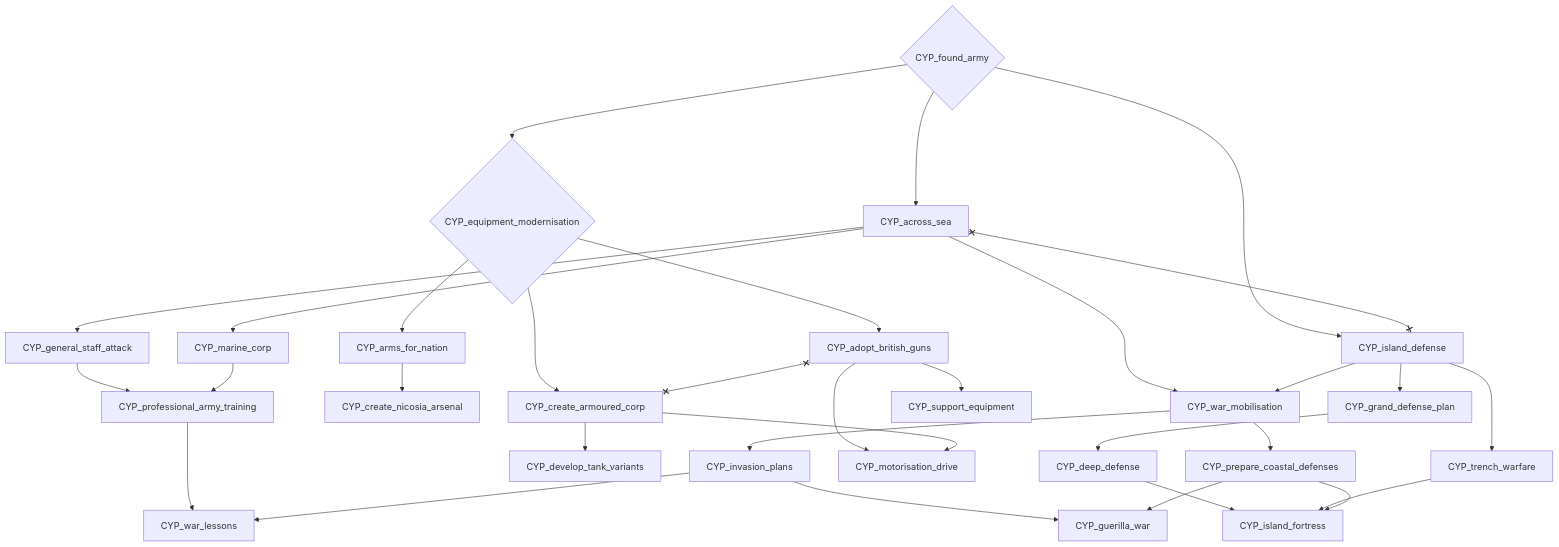
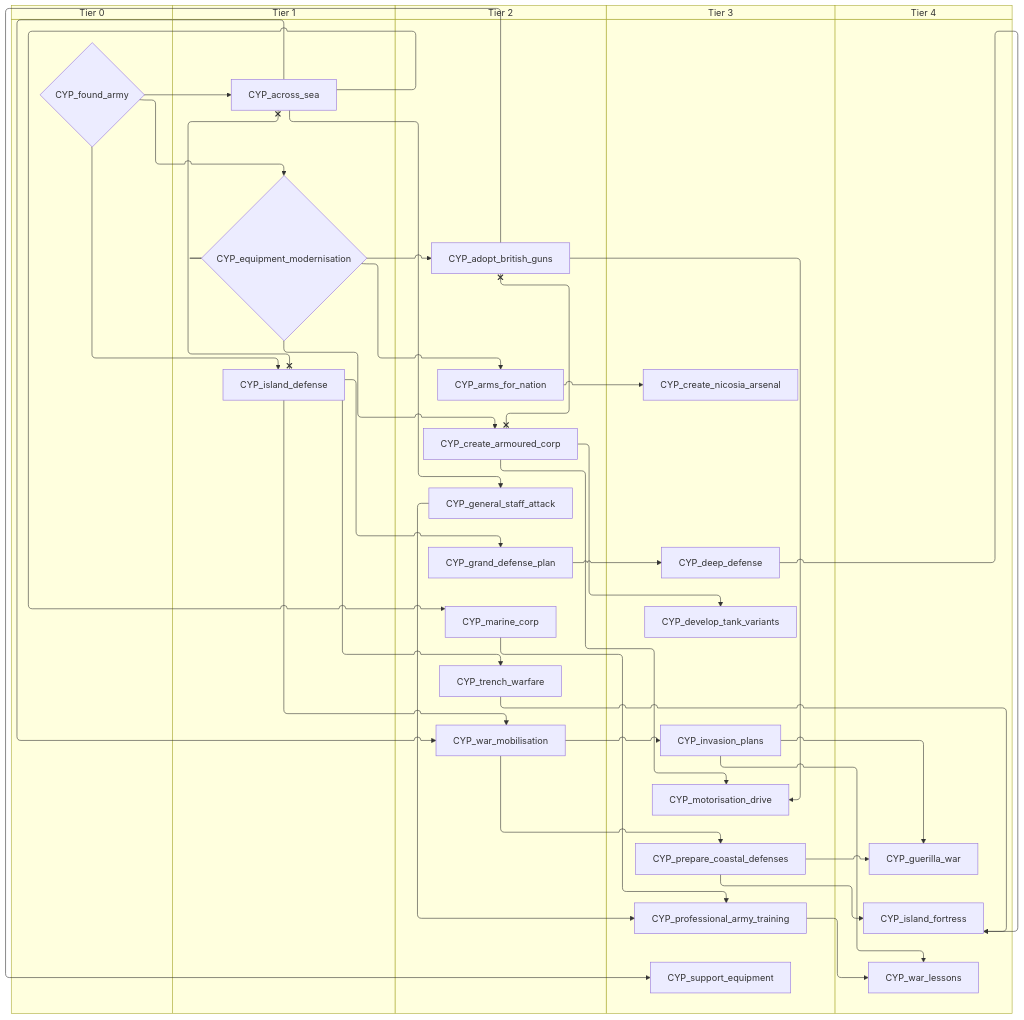
The fifth of 5 diagrams in docs/gdd/National Focuses/r56_cyprus.md (evgeny-sobol/hoi4-sandbox-mode-r56), drawn with Mermaid before and after one commit. The commit also changed other lines of this file and 423 other files, not shown here.

First line of the commit message:
Re-export Rt56 focus trees as swimlane diagrams

````diff
--- a/docs/gdd/National Focuses/r56_cyprus.md
+++ b/docs/gdd/National Focuses/r56_cyprus.md
@@ -146,57 +174,67 @@
 ```mermaid
-flowchart TD
-    n36["CYP_across_sea"]
-    n37["CYP_adopt_british_guns"]
-    n38["CYP_arms_for_nation"]
-    n39["CYP_create_armoured_corp"]
-    n40["CYP_create_nicosia_arsenal"]
-    n41["CYP_deep_defense"]
-    n42["CYP_develop_tank_variants"]
-    n43{"CYP_equipment_modernisation"}
-    n44{"CYP_found_army"}
-    n45["CYP_general_staff_attack"]
-    n46["CYP_grand_defense_plan"]
-    n47["CYP_guerilla_war"]
-    n48["CYP_invasion_plans"]
-    n49["CYP_island_defense"]
-    n50["CYP_island_fortress"]
-    n51["CYP_marine_corp"]
-    n52["CYP_motorisation_drive"]
-    n53["CYP_prepare_coastal_defenses"]
-    n54["CYP_professional_army_training"]
-    n55["CYP_support_equipment"]
-    n56["CYP_trench_warfare"]
-    n57["CYP_war_lessons"]
-    n58["CYP_war_mobilisation"]
-    n44 --> n36
-    n43 --> n37
-    n43 --> n38
-    n43 --> n39
+swimlane-beta TD
+    subgraph tier_0["Tier 0"]
+        n36{"CYP_found_army"}
+    end
+    subgraph tier_1["Tier 1"]
+        n37["CYP_across_sea"]
+        n38{"CYP_equipment_modernisation"}
+        n39["CYP_island_defense"]
+    end
+    subgraph tier_2["Tier 2"]
+        n40["CYP_adopt_british_guns"]
+        n41["CYP_arms_for_nation"]
+        n42["CYP_create_armoured_corp"]
+        n43["CYP_general_staff_attack"]
+        n44["CYP_grand_defense_plan"]
+        n45["CYP_marine_corp"]
+        n46["CYP_trench_warfare"]
+        n47["CYP_war_mobilisation"]
+    end
+    subgraph tier_3["Tier 3"]
+        n48["CYP_create_nicosia_arsenal"]
+        n49["CYP_deep_defense"]
+        n50["CYP_develop_tank_variants"]
+        n51["CYP_invasion_plans"]
+        n52["CYP_motorisation_drive"]
+        n53["CYP_prepare_coastal_defenses"]
+        n54["CYP_professional_army_training"]
+        n55["CYP_support_equipment"]
+    end
+    subgraph tier_4["Tier 4"]
+        n56["CYP_guerilla_war"]
+        n57["CYP_island_fortress"]
+        n58["CYP_war_lessons"]
+    end
+    n36 --> n37
     n38 --> n40
-    n46 --> n41
-    n39 --> n42
-    n44 --> n43
-    n36 --> n45
-    n49 --> n46
-    n48 --> n47
-    n53 --> n47
-    n58 --> n48
+    n38 --> n41
+    n38 --> n42
+    n41 --> n48
     n44 --> n49
-    n41 --> n50
-    n56 --> n50
-    n53 --> n50
-    n36 --> n51
-    n37 --> n52
-    n39 --> n52
-    n58 --> n53
+    n42 --> n50
+    n36 --> n38
+    n37 --> n43
+    n39 --> n44
+    n51 --> n56
+    n53 --> n56
+    n47 --> n51
+    n36 --> n39
+    n49 --> n57
+    n46 --> n57
+    n53 --> n57
+    n37 --> n45
+    n40 --> n52
+    n42 --> n52
+    n47 --> n53
+    n43 --> n54
     n45 --> n54
-    n51 --> n54
-    n37 --> n55
-    n49 --> n56
-    n54 --> n57
-    n48 --> n57
-    n36 --> n58
-    n49 --> n58
-    n36 x--x n49
+    n40 --> n55
+    n39 --> n46
+    n54 --> n58
+    n51 --> n58
+    n37 --> n47
+    n39 --> n47
     n37 x--x n39
+    n40 x--x n42
 ```
````
